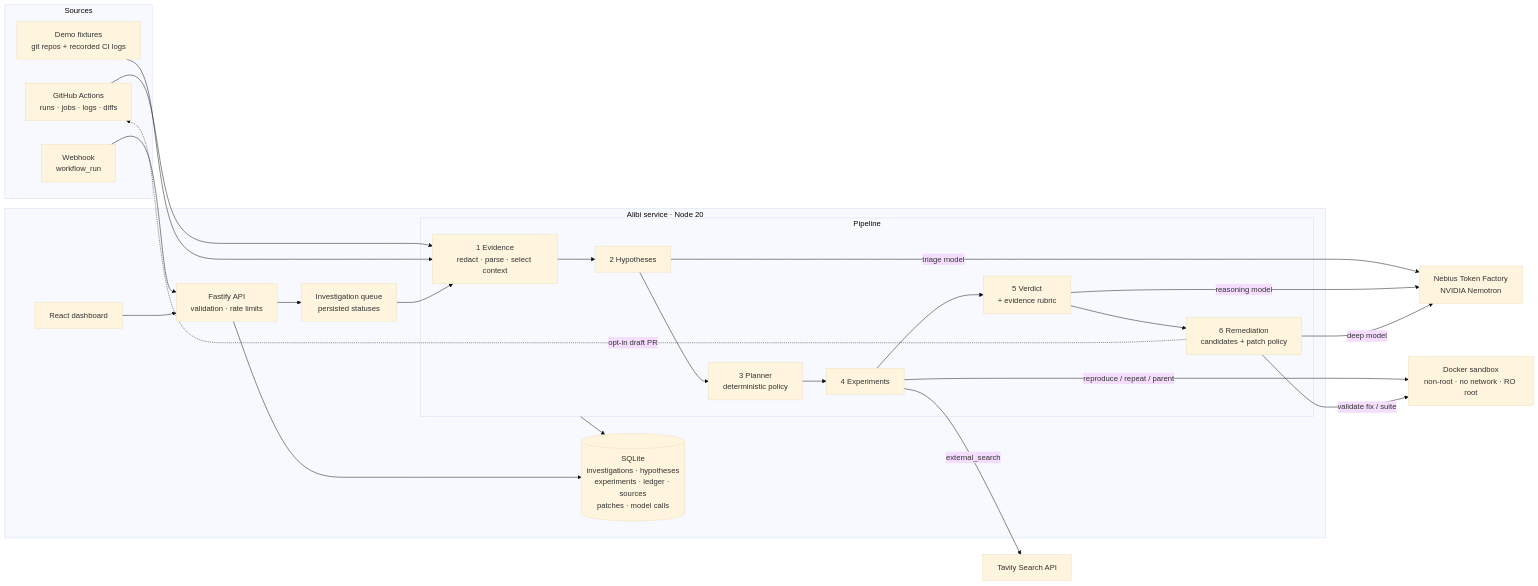
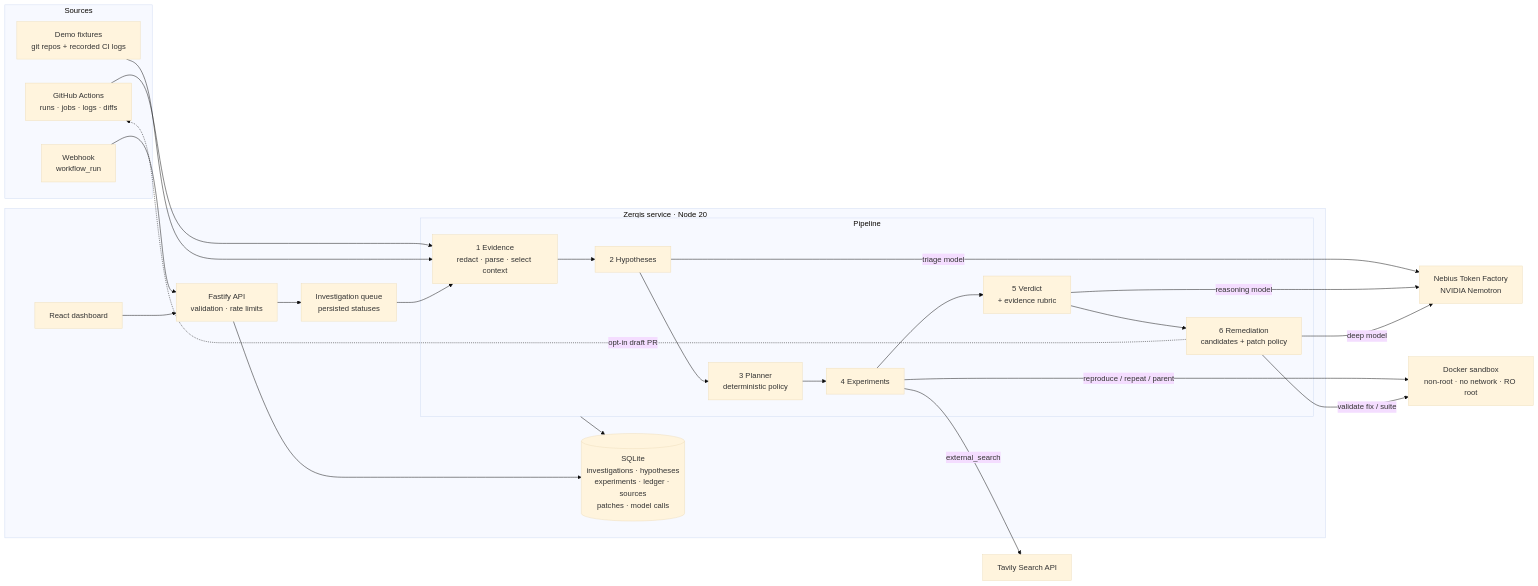
Before and after one commit to dhanushsss/zerqis-hackathon: the diagram in docs/ARCHITECTURE.md, drawn with Mermaid (base theme). The commit also changed other lines of this file and 101 other files, not shown here.

````diff
--- a/docs/ARCHITECTURE.md
+++ b/docs/ARCHITECTURE.md
@@ -5,41 +5,41 @@
 ```mermaid
 flowchart LR
   subgraph Sources
     GH[GitHub Actions<br/>runs · jobs · logs · diffs]
     WH[Webhook<br/>workflow_run]
     FX[Demo fixtures<br/>git repos + recorded CI logs]
   end
 
-  subgraph Alibi[Alibi service · Node 20]
+  subgraph Zerqis[Zerqis service · Node 20]
     API[Fastify API<br/>validation · rate limits]
     Q[Investigation queue<br/>persisted statuses]
     subgraph Pipeline
       E1[1 Evidence<br/>redact · parse · select context]
       E2[2 Hypotheses]
       E3[3 Planner<br/>deterministic policy]
       E4[4 Experiments]
       E5[5 Verdict<br/>+ evidence rubric]
       E6[6 Remediation<br/>candidates + patch policy]
     end
     DB[(SQLite<br/>investigations · hypotheses<br/>experiments · ledger · sources<br/>patches · model calls)]
     UI[React dashboard]
   end
 
   TF[Nebius Token Factory<br/>NVIDIA Nemotron]
   TV[Tavily Search API]
   DK[Docker sandbox<br/>non-root · no network · RO root]
 
   WH --> API
   GH --> E1
   FX --> E1
   API --> Q --> E1 --> E2 --> E3 --> E4 --> E5 --> E6
   E2 -- triage model --> TF
   E5 -- reasoning model --> TF
   E6 -- deep model --> TF
   E4 -- external_search --> TV
   E4 -- reproduce / repeat / parent --> DK
   E6 -- validate fix / suite --> DK
   Pipeline --> DB
   UI --> API --> DB
   E6 -. opt-in draft PR .-> GH
 ```
````
